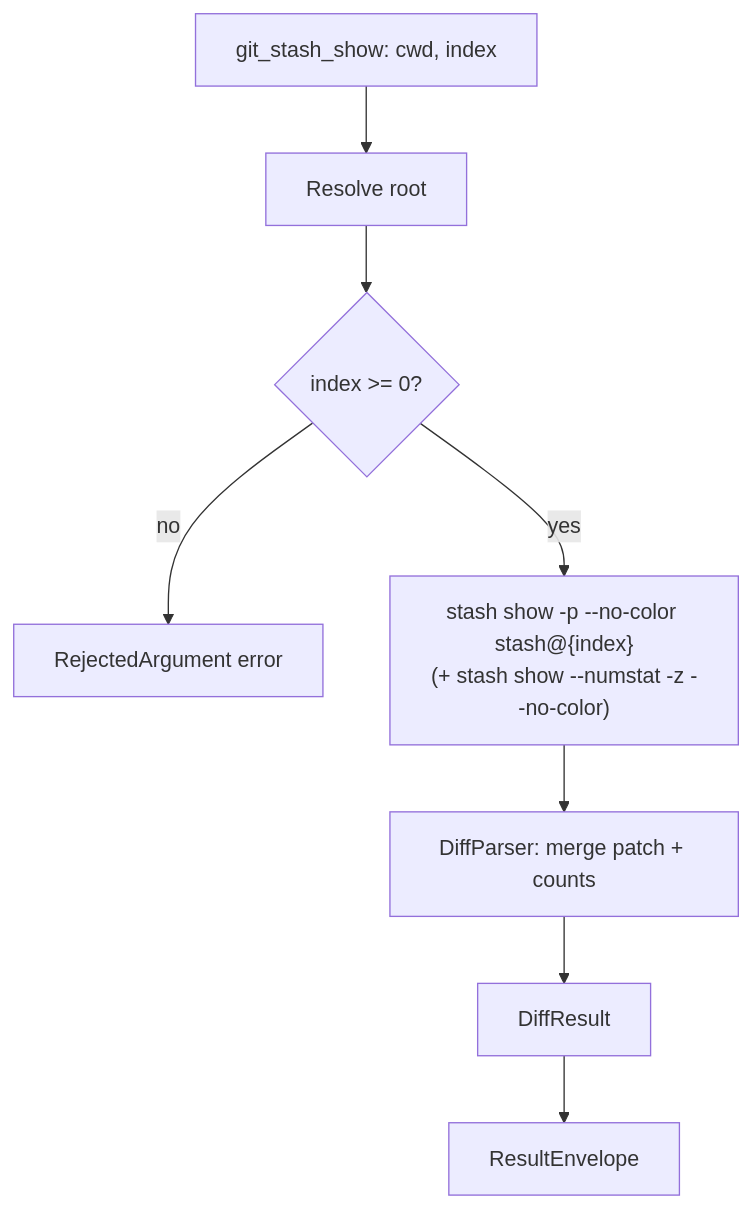
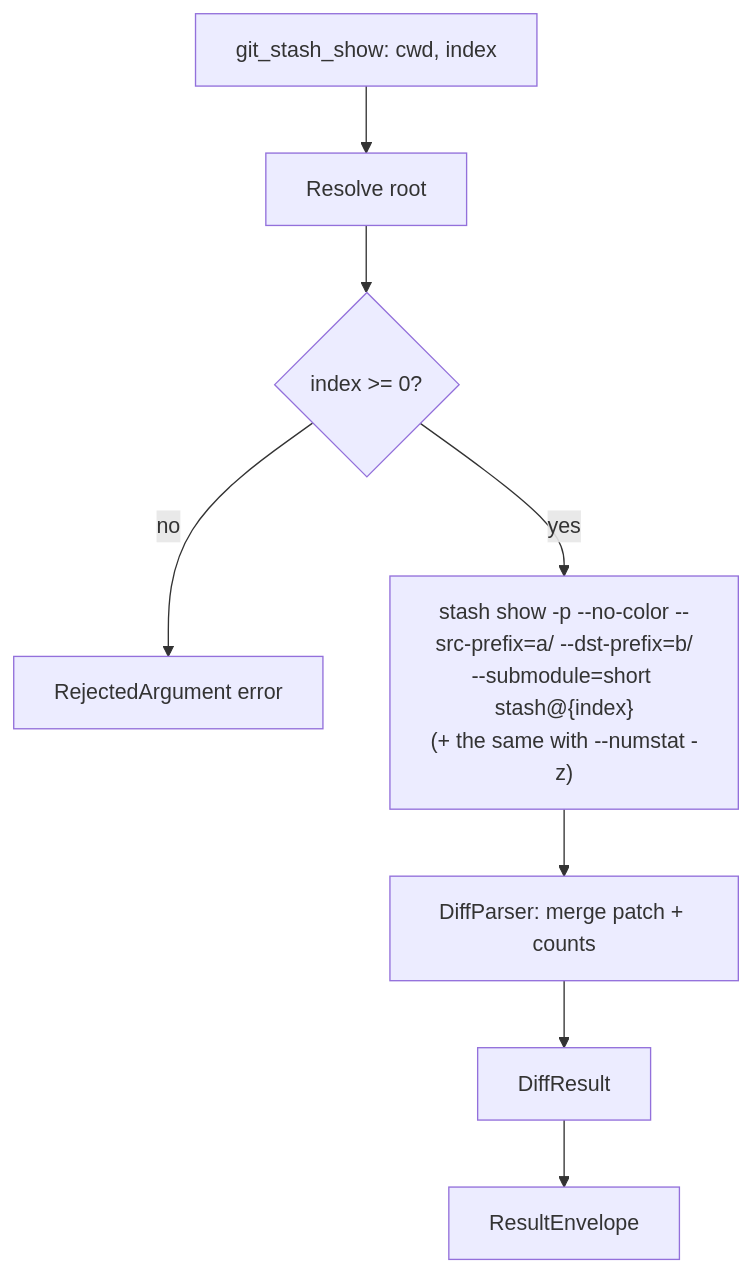
Before and after one commit to brenordv/mcp-toolset: diagram 13 of 14 in src/RaccoonNinja.McpToolset.Server.GitOps/README.md, drawn with Mermaid. The commit also changed other lines of this file and 10 other files, not shown here.

Commit message:
Pass `--src-prefix=a/ --dst-prefix=b/ --submodule=short` on all `git_diff`, `git_show`, and `git_stash_show` passes to normalize patch headers and block external commands in submodules.

````diff
--- a/src/RaccoonNinja.McpToolset.Server.GitOps/README.md
+++ b/src/RaccoonNinja.McpToolset.Server.GitOps/README.md
@@ -430,10 +436,10 @@
 ```mermaid
 flowchart TD
     A["git_stash_show: cwd, index"] --> B[Resolve root]
     B --> C{index >= 0?}
     C -- no --> D[RejectedArgument error]
-    C -- yes --> E["stash show -p --no-color stash@{index}<br/>(+ stash show --numstat -z --no-color)"]
+    C -- yes --> E["stash show -p --no-color --src-prefix=a/ --dst-prefix=b/<br/>--submodule=short stash@{index}<br/>(+ the same with --numstat -z)"]
     E --> F[DiffParser: merge patch + counts]
     F --> G[DiffResult]
     G --> H[ResultEnvelope]
 ```
````
